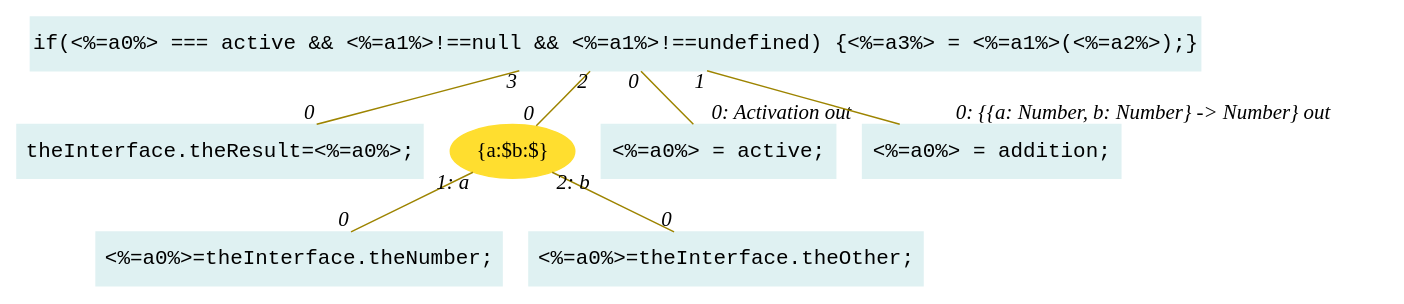
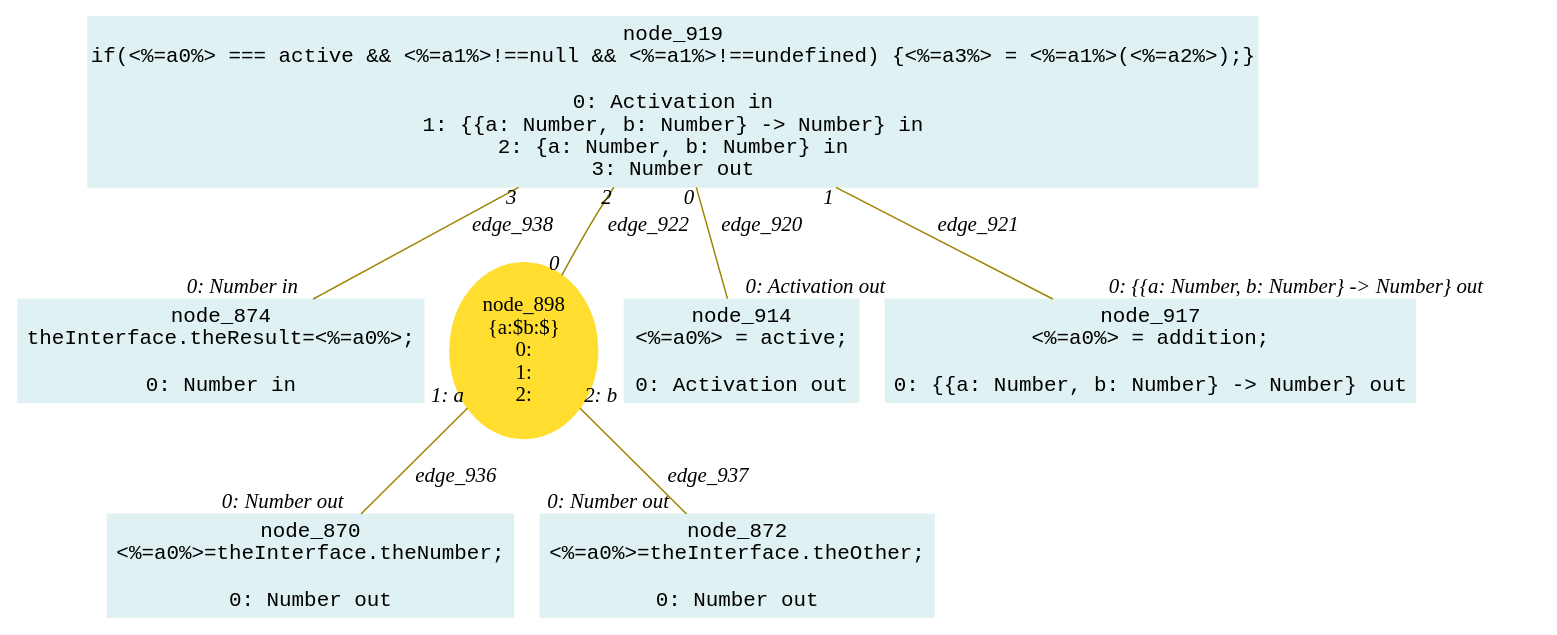
The diagram in lidl-core/example/ok/composition2x1/dot/26removeOneSidedAffectation1.dot (crubier/lidl), drawn with Graphviz before and after one commit. The commit also changed 979 other files, not shown here.

```diff
--- a/lidl-core/example/ok/composition2x1/dot/26removeOneSidedAffectation1.dot
+++ b/lidl-core/example/ok/composition2x1/dot/26removeOneSidedAffectation1.dot
@@ -1,20 +1,39 @@
-digraph g{node_698 [shape="box", style="filled", color="#dff1f2", fontname="Courier", label="<%=a0%>=theInterface.theNumber;
-" ]
-node_700 [shape="box", style="filled", color="#dff1f2", fontname="Courier", label="<%=a0%>=theInterface.theOther;
-" ]
-node_702 [shape="box", style="filled", color="#dff1f2", fontname="Courier", label="theInterface.theResult=<%=a0%>;
-" ]
-node_726 [shape="ellipse", style="filled", color="#ffde2f", fontname="Times", label="{a:$b:$}" ]
-node_742 [shape="box", style="filled", color="#dff1f2", fontname="Courier", label="<%=a0%> = active;
-" ]
-node_745 [shape="box", style="filled", color="#dff1f2", fontname="Courier", label="<%=a0%> = addition;
-" ]
-node_747 [shape="box", style="filled", color="#dff1f2", fontname="Courier", label="if(<%=a0%> === active && <%=a1%>!==null && <%=a1%>!==undefined) {<%=a3%> = <%=a1%>(<%=a2%>);}
-" ]
-node_747 -> node_742 [dir=none, arrowHead=none, fontname="Times-Italic", arrowsize=1, color="#9d8400", label="",  headlabel="0: Activation out", taillabel="0" ]
-node_747 -> node_745 [dir=none, arrowHead=none, fontname="Times-Italic", arrowsize=1, color="#9d8400", label="",  headlabel="0: {{a: Number, b: Number} -> Number} out", taillabel="1" ]
-node_747 -> node_726 [dir=none, arrowHead=none, fontname="Times-Italic", arrowsize=1, color="#9d8400", label="",  headlabel="0", taillabel="2" ]
-node_726 -> node_698 [dir=none, arrowHead=none, fontname="Times-Italic", arrowsize=1, color="#9d8400", label="",  headlabel="0", taillabel="1: a" ]
-node_726 -> node_700 [dir=none, arrowHead=none, fontname="Times-Italic", arrowsize=1, color="#9d8400", label="",  headlabel="0", taillabel="2: b" ]
-node_747 -> node_702 [dir=none, arrowHead=none, fontname="Times-Italic", arrowsize=1, color="#9d8400", label="",  headlabel="0", taillabel="3" ]
+digraph g{node_870 [shape="box", style="filled", color="#dff1f2", fontname="Courier", label="node_870
+<%=a0%>=theInterface.theNumber;
+
+0: Number out" ]
+node_872 [shape="box", style="filled", color="#dff1f2", fontname="Courier", label="node_872
+<%=a0%>=theInterface.theOther;
+
+0: Number out" ]
+node_874 [shape="box", style="filled", color="#dff1f2", fontname="Courier", label="node_874
+theInterface.theResult=<%=a0%>;
+
+0: Number in" ]
+node_898 [shape="ellipse", style="filled", color="#ffde2f", fontname="Times", label="node_898
+{a:$b:$}
+0: 
+1: 
+2: " ]
+node_914 [shape="box", style="filled", color="#dff1f2", fontname="Courier", label="node_914
+<%=a0%> = active;
+
+0: Activation out" ]
+node_917 [shape="box", style="filled", color="#dff1f2", fontname="Courier", label="node_917
+<%=a0%> = addition;
+
+0: {{a: Number, b: Number} -> Number} out" ]
+node_919 [shape="box", style="filled", color="#dff1f2", fontname="Courier", label="node_919
+if(<%=a0%> === active && <%=a1%>!==null && <%=a1%>!==undefined) {<%=a3%> = <%=a1%>(<%=a2%>);}
+
+0: Activation in
+1: {{a: Number, b: Number} -> Number} in
+2: {a: Number, b: Number} in
+3: Number out" ]
+node_919 -> node_914 [dir=none, arrowHead=none, fontname="Times-Italic", arrowsize=1, color="#9d8400", label="edge_920",  headlabel="0: Activation out", taillabel="0" ]
+node_919 -> node_917 [dir=none, arrowHead=none, fontname="Times-Italic", arrowsize=1, color="#9d8400", label="edge_921",  headlabel="0: {{a: Number, b: Number} -> Number} out", taillabel="1" ]
+node_919 -> node_898 [dir=none, arrowHead=none, fontname="Times-Italic", arrowsize=1, color="#9d8400", label="edge_922",  headlabel="0", taillabel="2" ]
+node_898 -> node_870 [dir=none, arrowHead=none, fontname="Times-Italic", arrowsize=1, color="#9d8400", label="edge_936",  headlabel="0: Number out", taillabel="1: a" ]
+node_898 -> node_872 [dir=none, arrowHead=none, fontname="Times-Italic", arrowsize=1, color="#9d8400", label="edge_937",  headlabel="0: Number out", taillabel="2: b" ]
+node_919 -> node_874 [dir=none, arrowHead=none, fontname="Times-Italic", arrowsize=1, color="#9d8400", label="edge_938",  headlabel="0: Number in", taillabel="3" ]
 }
```
